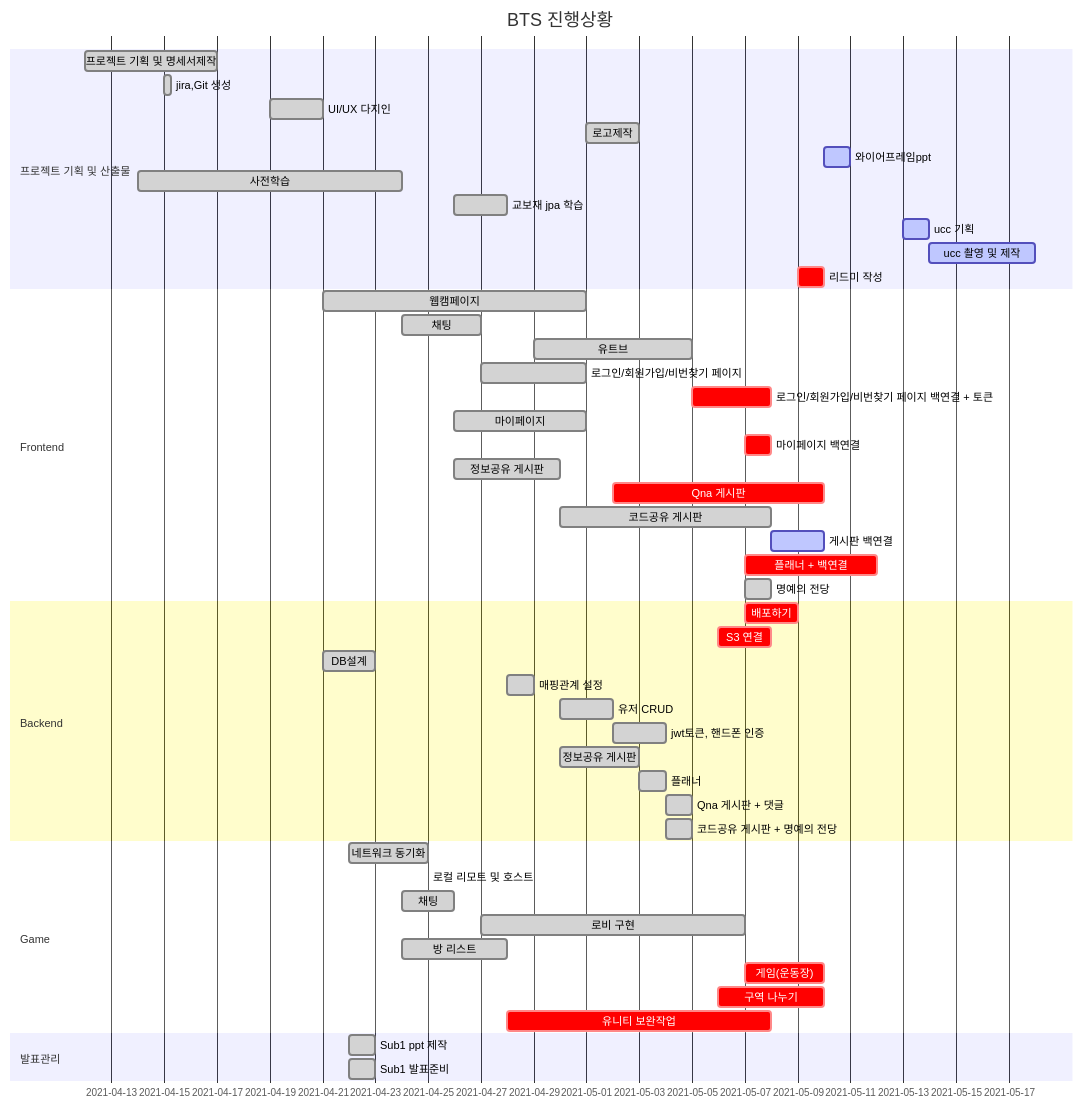
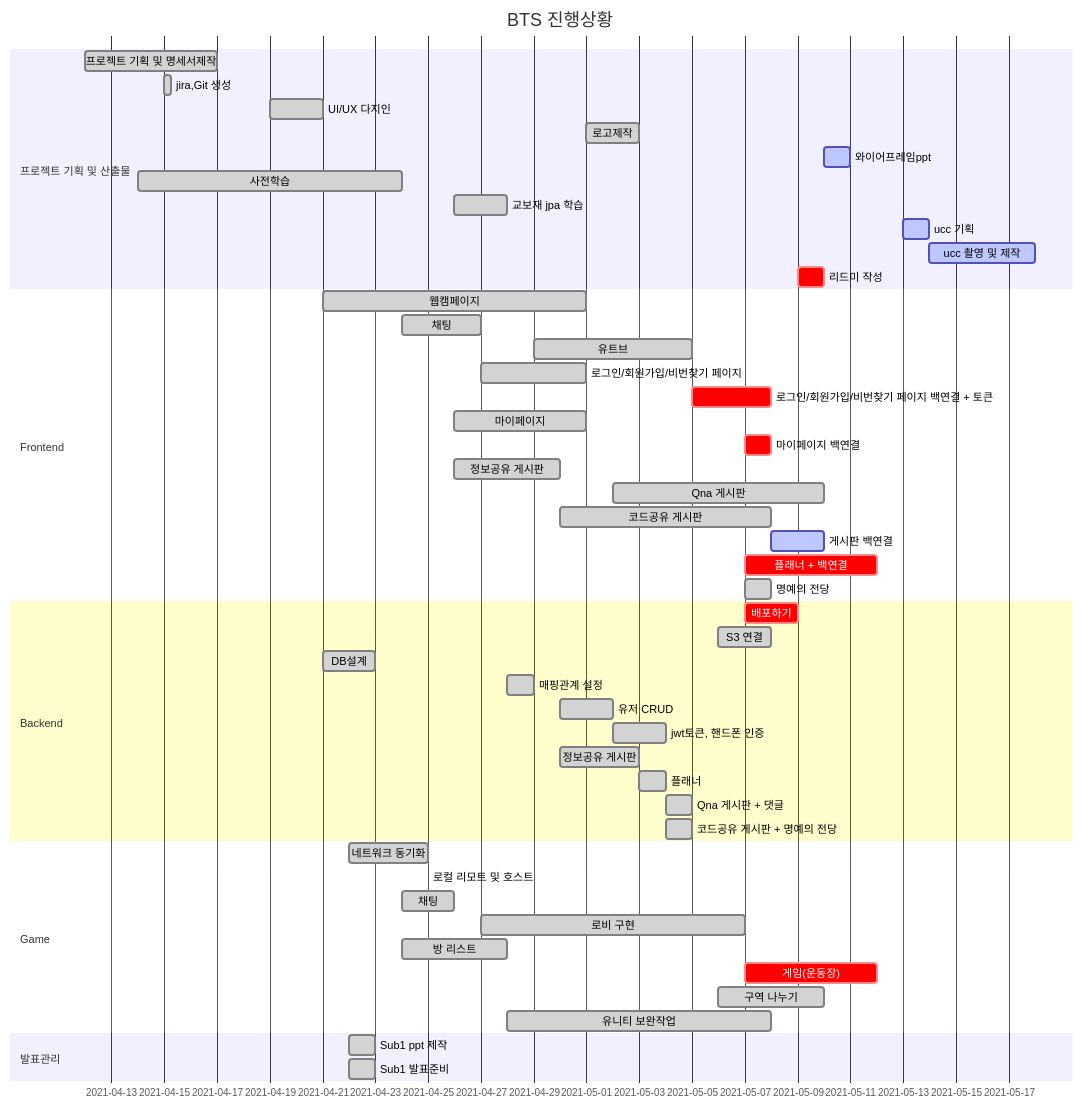
The diagram in README.md (Luminousjiny/PJT_BTS), drawn with Mermaid before and after one commit.

````diff
--- a/README.md
+++ b/README.md
@@ -50,57 +50,57 @@
 ```mermaid
 gantt
     title BTS 진행상황
     dateFormat  YYYY-MM-DD
     section 프로젝트 기획 및 산출물
     프로젝트 기획 및 명세서제작 : done, 2021-04-12, 5d
     jira,Git 생성  :done, 2021-04-15, 6h
     UI/UX 다지인  : done,   2021-04-19, 2d
     로고제작 : done, 2021-05-01, 2d
     와이어프레임ppt : active, 2021-05-10, 1d
     사전학습  : done, 2021-04-14, 10d
     교보재 jpa 학습 : done, 2021-04-26, 2d
     ucc 기획 : active, 2021-05-13, 1d
     ucc 촬영 및 제작 : active, 2021-05-14, 4d
     리드미 작성 : crit, 2021-05-09, 1d
 
     section Frontend
     웹캠페이지 : done, 2021-04-21, 10d
     채팅 : done, 2021-04-24, 3d
     유트브 : done, 2021-04-29, 6d
     로그인/회원가입/비번찾기 페이지 : done, 2021-04-27, 4d
     로그인/회원가입/비번찾기 페이지 백연결 + 토큰 : crit, 2021-05-05, 3d
     마이페이지 : done, 2021-04-26, 5d
     마이페이지 백연결 : crit, 2021-05-07, 1d
     정보공유 게시판 : done, 2021-04-26, 4d
-    Qna 게시판 : crit, 2021-05-02, 8d
+    Qna 게시판 : done, 2021-05-02, 8d
     코드공유 게시판 : done, 2021-04-30, 8d
     게시판 백연결 : active, 2021-05-08, 2d
     플래너 + 백연결 : crit, 2021-05-07, 5d
     명예의 전당 : done, 2021-05-07, 1d
     
     section Backend
     배포하기 : crit, 2021-05-07, 2d
-    S3 연결 : crit, 2021-05-06, 2d
+    S3 연결 : done, 2021-05-06, 2d
     DB설계 : done, 2021-04-21, 2d
     매핑관계 설정 : done, 2021-04-28, 1d
     유저 CRUD : done, 2021-04-30, 2d
     jwt토큰, 핸드폰 인증 : done, 2021-05-02,2d 
     정보공유 게시판 : done, 2021-04-30, 3d
     플래너 : done, 2021-05-03, 1d
     Qna 게시판 + 댓글 : done, 2021-05-04, 1d
     코드공유 게시판 + 명예의 전당 : done, 2021-05-04, 1d 
     
     section Game
 	네트워크 동기화 : done, 2021-04-22, 3d
 	로컬 리모트 및 호스트 : done, 2021-04-23 1d
 	채팅 : done, 2021-04-24, 2d
 	로비 구현 : done, 2021-04-27, 10d
     방 리스트 : done, 2021-04-24, 4d
-    게임(운동장) : crit, 2021-05-07,3d
-    구역 나누기 : crit, 2021-05-06, 4d
-    유니티 보완작업 : crit, 2021-04-28, 10d
+    게임(운동장) : crit, 2021-05-07,5d
+    구역 나누기 : done, 2021-05-06, 4d
+    유니티 보완작업 : done, 2021-04-28, 10d
     
     section 발표관리
     Sub1 ppt 제작 : done, 2021-04-22, 1d
     Sub1 발표준비 : done, 2021-04-22, 1d
 ```
````
